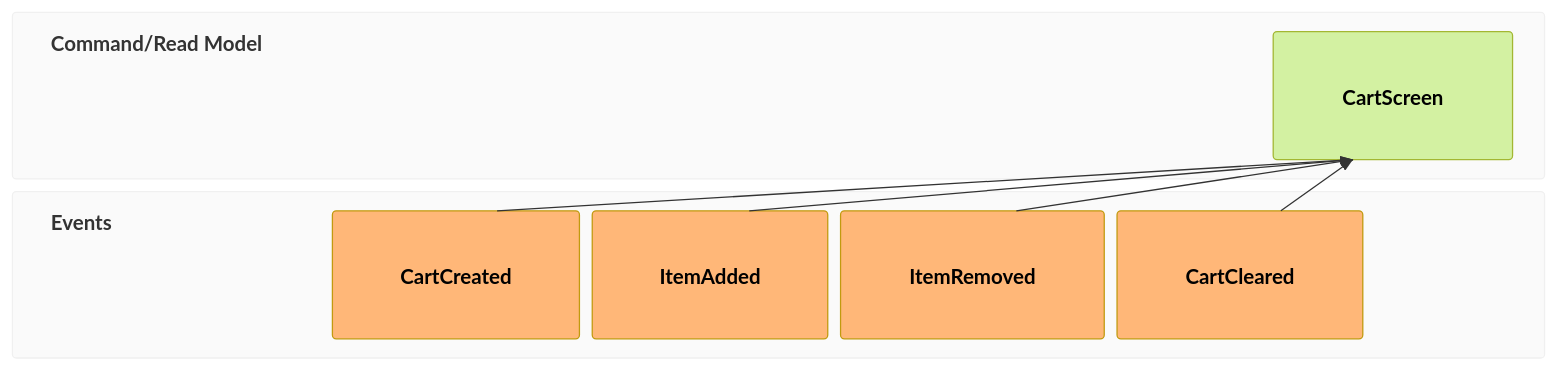
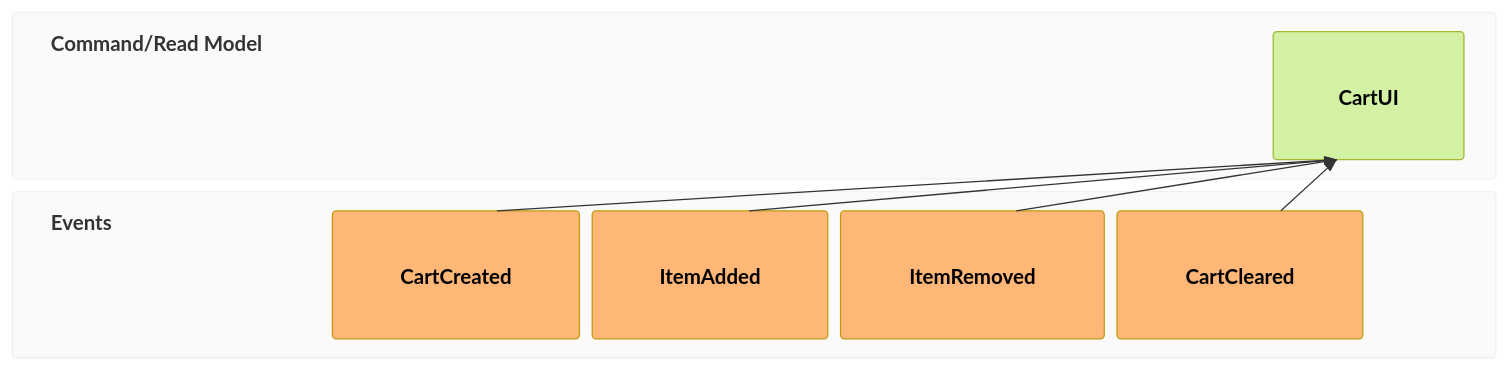
Before and after one commit to mermaid-js/mermaid: the eighth of 12 diagrams in docs/syntax/eventmodeling.md, drawn with Mermaid. The commit also changed other lines of this file and 14 other files, not shown here.

````diff
--- a/docs/syntax/eventmodeling.md
+++ b/docs/syntax/eventmodeling.md
@@ -319,9 +319,9 @@
 ```mermaid
 eventmodeling
 
 rf 02 evt CartCreated
 rf 03 evt ItemAdded
 rf 04 evt ItemRemoved
 rf 05 evt CartCleared
-tf 01 rmo CartScreen ->> 02 ->> 03 ->> 04 ->> 05
+tf 01 rmo CartUI ->> 02 ->> 03 ->> 04 ->> 05
 ```
````
